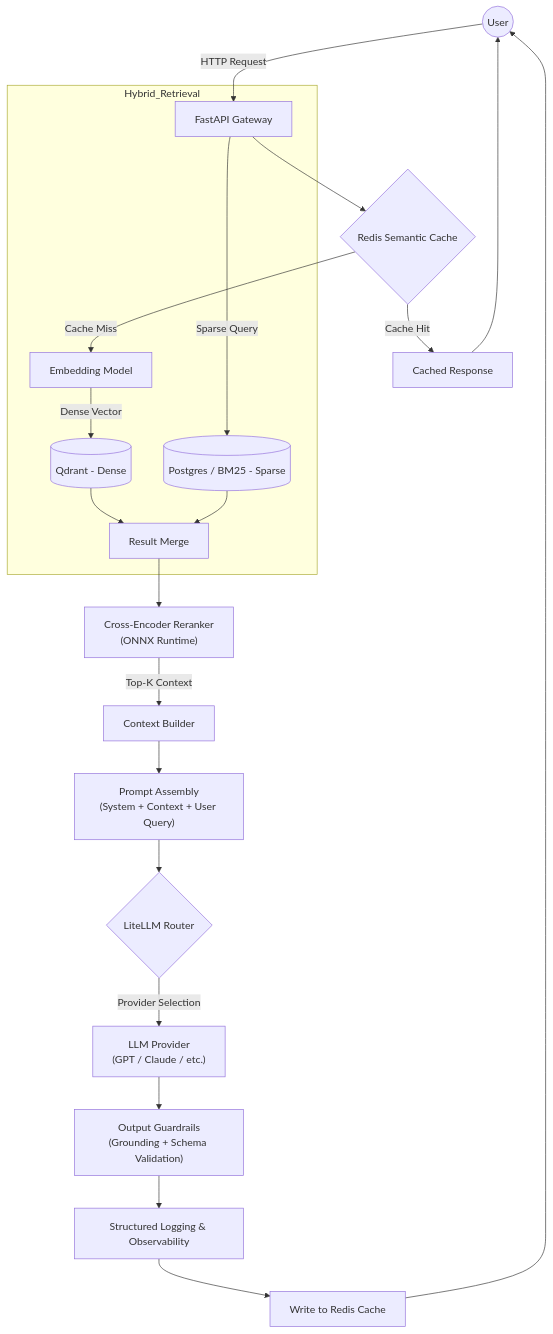
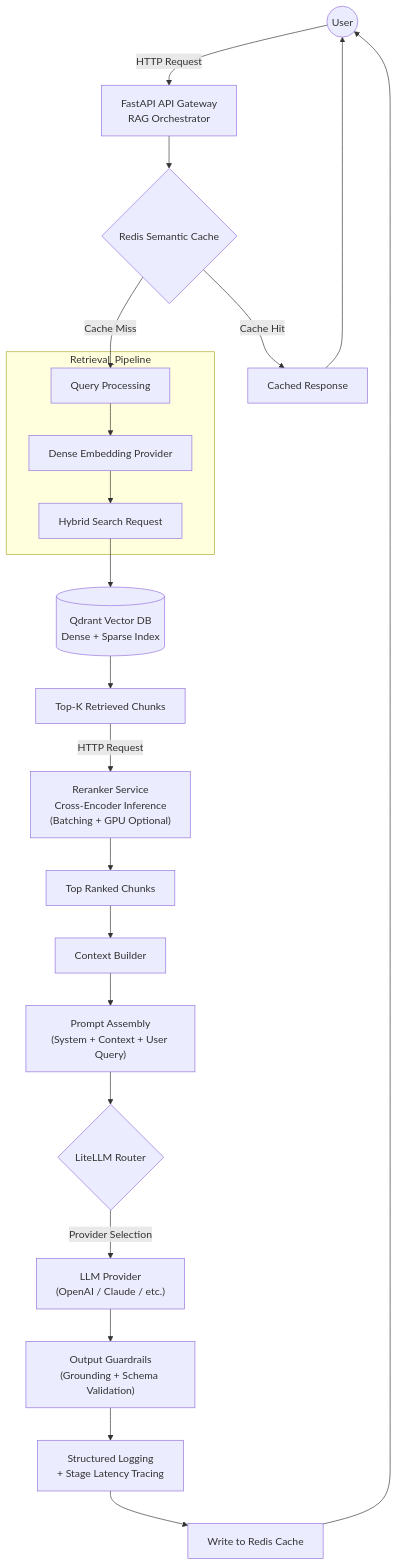
One commit to rayxcast/hybrid-rag-template changed the diagram in README.md. Above: the diagram before and after it, drawn with Mermaid.

````diff
--- a/README.md
+++ b/README.md
@@ -16,38 +16,51 @@
 ```mermaid
 flowchart TD
 
 %% Entry Layer
 User((User))
-User -->|HTTP Request| API[FastAPI Gateway]
+User -->|HTTP Request| API[FastAPI API Gateway<br/>RAG Orchestrator]
 
 %% Cache Layer
 API --> CacheCheck{Redis Semantic Cache}
 CacheCheck -->|Cache Hit| CachedResponse[Cached Response]
 CachedResponse --> User
-CacheCheck -->|Cache Miss| Embed[Embedding Model]
+CacheCheck -->|Cache Miss| Retrieval
 
-%% Hybrid Retrieval
-subgraph Hybrid_Retrieval
-    Embed -->|Dense Vector| VectorDB[(Qdrant - Dense)]
-    API -->|Sparse Query| BM25[(Postgres / BM25 - Sparse)]
-    VectorDB --> Merge[Result Merge]
-    BM25 --> Merge
+%% Retrieval Layer
+subgraph Retrieval_Pipeline
+    Retrieval[Query Processing]
+    Retrieval --> Embed[Dense Embedding Provider]
+    Embed --> HybridSearch
 end
 
-%% Reranking
-%% FIX: Wrap text in double quotes to handle parentheses
-Merge --> Reranker["Cross-Encoder Reranker<br/>(ONNX Runtime)"]
-Reranker -->|Top-K Context| Context[Context Builder]
+%% Vector Database
+HybridSearch[Hybrid Search Request] --> Qdrant[(Qdrant Vector DB<br/>Dense + Sparse Index)]
 
-%% LLM Routing
-%% FIX: Wrap multi-line text in quotes
+Qdrant --> Candidates[Top-K Retrieved Chunks]
+
+%% Reranker Microservice
+Candidates -->|HTTP Request| RerankerService["Reranker Service<br/>Cross-Encoder Inference<br/>(Batching + GPU Optional)"]
+
+RerankerService --> Ranked[Top Ranked Chunks]
+
+%% Context Assembly
+Ranked --> Context[Context Builder]
+
+%% Prompt Layer
 Context --> Prompt["Prompt Assembly<br/>(System + Context + User Query)"]
+
+%% LLM Router
 Prompt --> Router{LiteLLM Router}
-Router -->|Provider Selection| LLM["LLM Provider<br/>(GPT / Claude / etc.)"]
 
-%% Post-Processing
+Router -->|Provider Selection| LLM["LLM Provider<br/>(OpenAI / Claude / etc.)"]
+
+%% Post Processing
 LLM --> Guardrails["Output Guardrails<br/>(Grounding + Schema Validation)"]
-Guardrails --> Logger[Structured Logging & Observability]
+
+%% Observability
+Guardrails --> Logger["Structured Logging<br/>+ Stage Latency Tracing"]
+
 Logger --> CacheWrite[Write to Redis Cache]
+
 CacheWrite --> User
 ```
````
